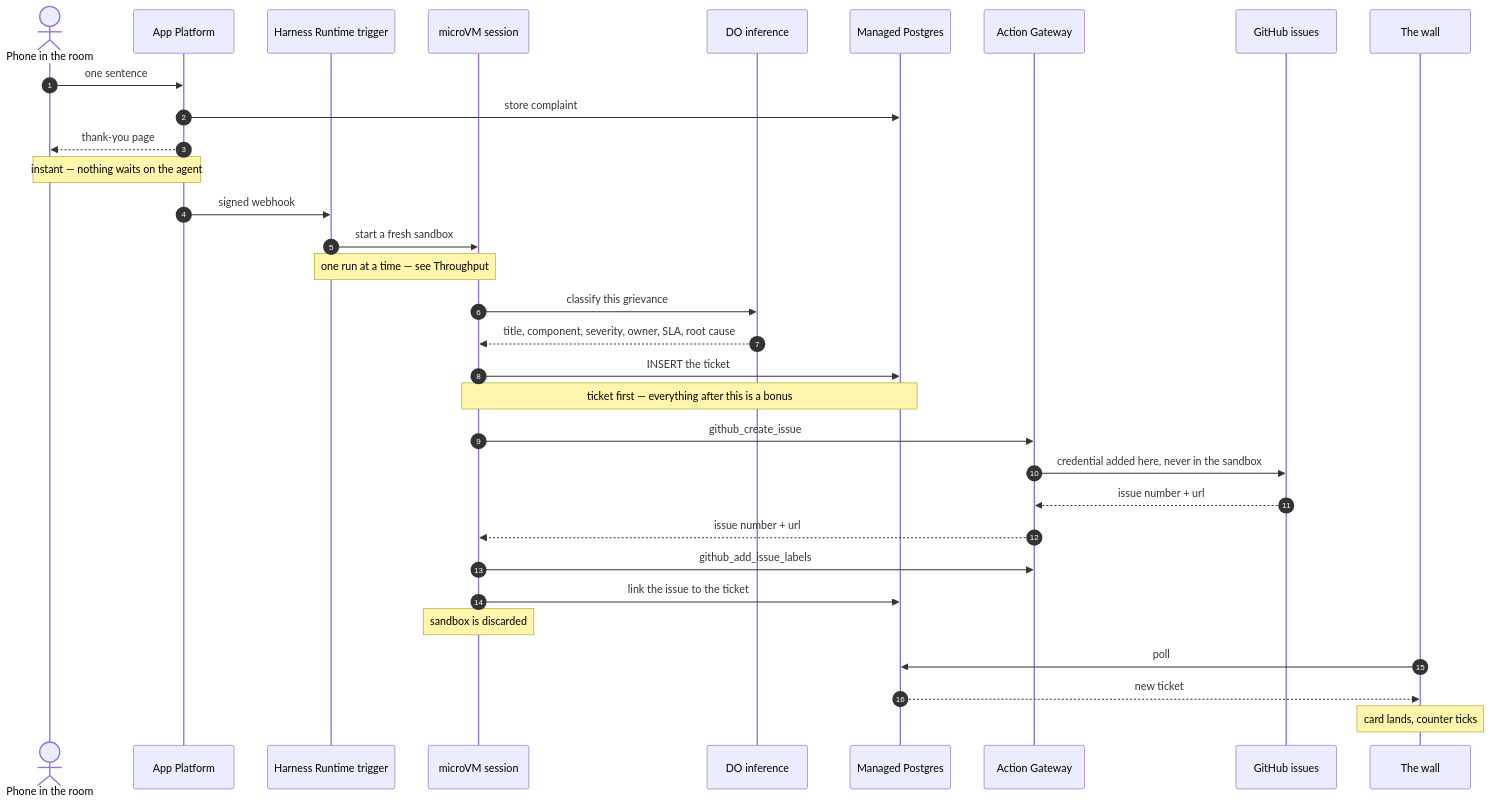
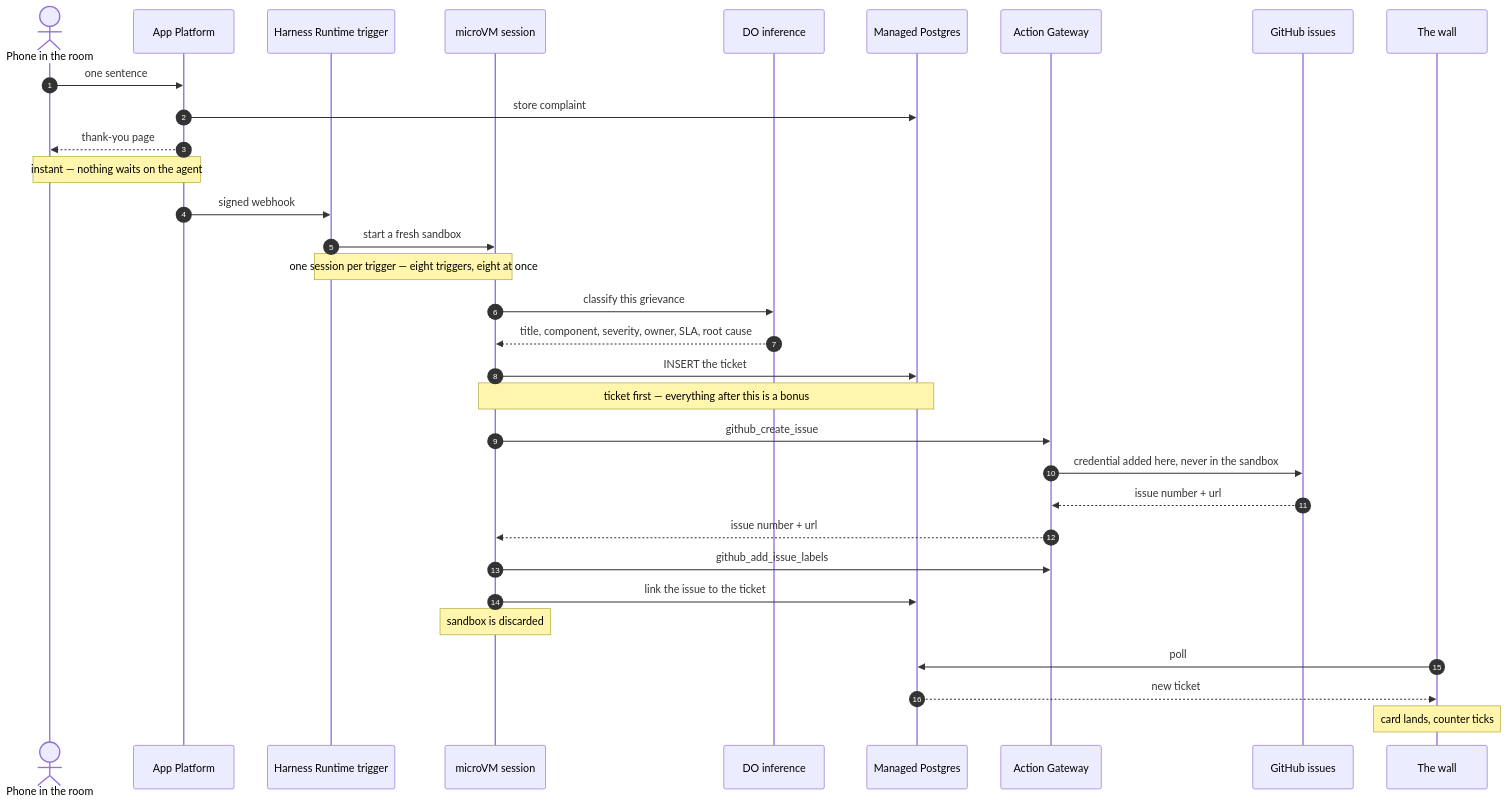
Before and after one commit to hgonzalez-do/facility_issue_demo: the first of 3 diagrams in README.md, drawn with Mermaid. The commit also changed other lines of this file and 11 other files, not shown here.

````diff
--- a/README.md
+++ b/README.md
@@ -23,39 +23,39 @@
 ```mermaid
 sequenceDiagram
     autonumber
     actor Guest as Phone in the room
     participant App as App Platform
     participant Trig as Harness Runtime trigger
     participant VM as microVM session
     participant Inf as DO inference
     participant PG as Managed Postgres
     participant AG as Action Gateway
     participant GH as GitHub issues
     participant Wall as The wall
 
     Guest->>App: one sentence
     App->>PG: store complaint
     App-->>Guest: thank-you page
     Note over App,Guest: instant — nothing waits on the agent
 
     App->>Trig: signed webhook
     Trig->>VM: start a fresh sandbox
-    Note over Trig,VM: one run at a time — see Throughput
+    Note over Trig,VM: one session per trigger — eight triggers, eight at once
 
     VM->>Inf: classify this grievance
     Inf-->>VM: title, component, severity, owner, SLA, root cause
     VM->>PG: INSERT the ticket
     Note over VM,PG: ticket first — everything after this is a bonus
 
     VM->>AG: github_create_issue
     AG->>GH: credential added here, never in the sandbox
     GH-->>AG: issue number + url
     AG-->>VM: issue number + url
     VM->>AG: github_add_issue_labels
     VM->>PG: link the issue to the ticket
     Note over VM: sandbox is discarded
 
     Wall->>PG: poll
     PG-->>Wall: new ticket
     Note over Wall: card lands, counter ticks
 ```
````
